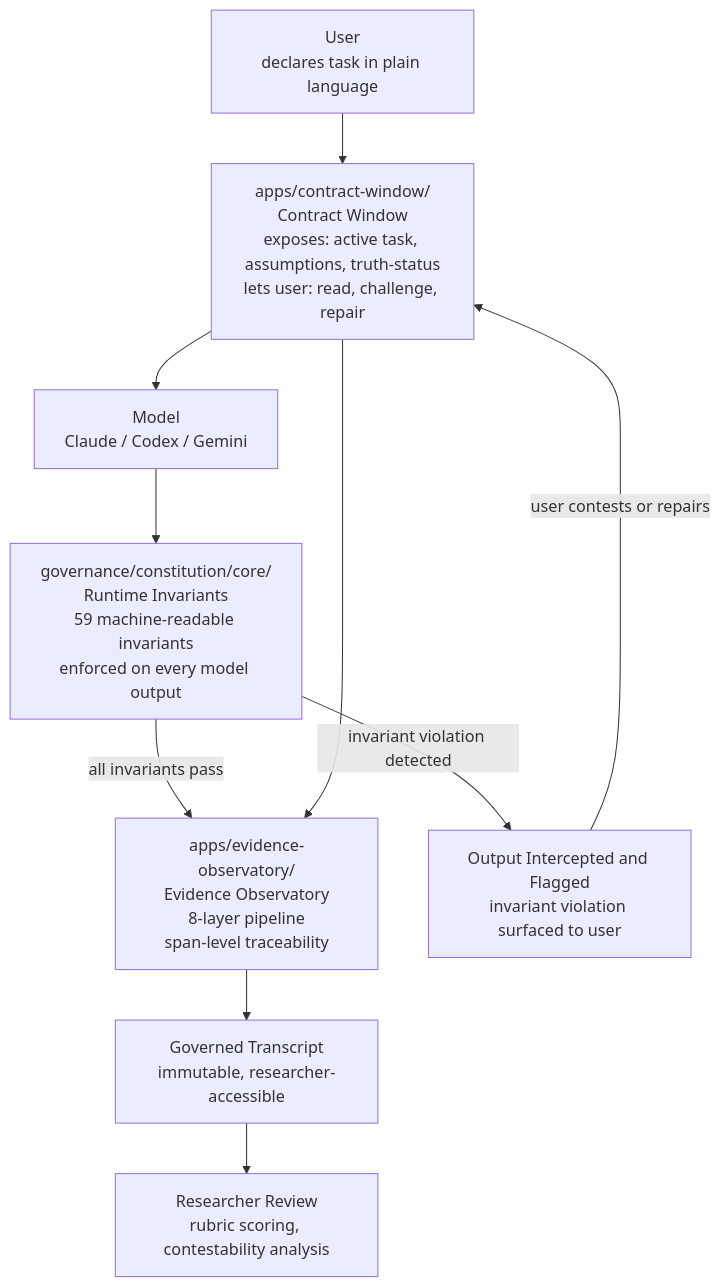
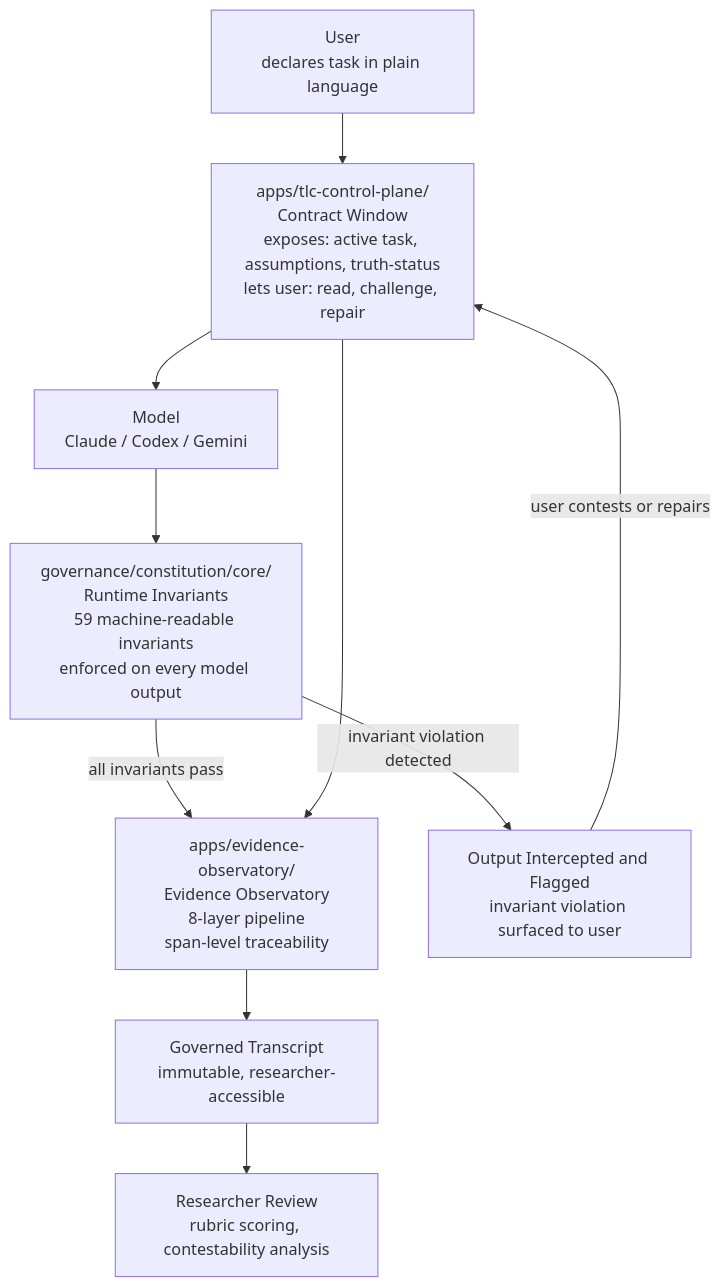
One commit to coreyalejandro/the-living-constitution changed the first of 2 diagrams in README.md. Above: the diagram before and after it, drawn with Mermaid. The commit also changed other lines of this file and 2 other files, not shown here.

First line of the commit message:
docs: close M3 M4 M5 — C-RSP validation, claim matrix, fix contract-window path

````diff
--- a/README.md
+++ b/README.md
@@ -85,21 +85,21 @@
 ```mermaid
 flowchart TD
   U["User\ndeclares task in plain language"]
-  CW["apps/contract-window/\nContract Window\nexposes: active task, assumptions, truth-status\nlets user: read, challenge, repair"]
+  CW["apps/tlc-control-plane/\nContract Window\nexposes: active task, assumptions, truth-status\nlets user: read, challenge, repair"]
   M["Model\nClaude / Codex / Gemini"]
   INV["governance/constitution/core/\nRuntime Invariants\n59 machine-readable invariants\nenforced on every model output"]
   EO["apps/evidence-observatory/\nEvidence Observatory\n8-layer pipeline\nspan-level traceability"]
   GT["Governed Transcript\nimmutable, researcher-accessible"]
   R["Researcher Review\nrubric scoring, contestability analysis"]
   FLAG["Output Intercepted and Flagged\ninvariant violation surfaced to user"]
 
   U --> CW
   CW --> M
   M --> INV
   INV -- "all invariants pass" --> EO
   INV -- "invariant violation detected" --> FLAG
   FLAG -- "user contests or repairs" --> CW
   CW --> EO
   EO --> GT
   GT --> R
 ```
````
